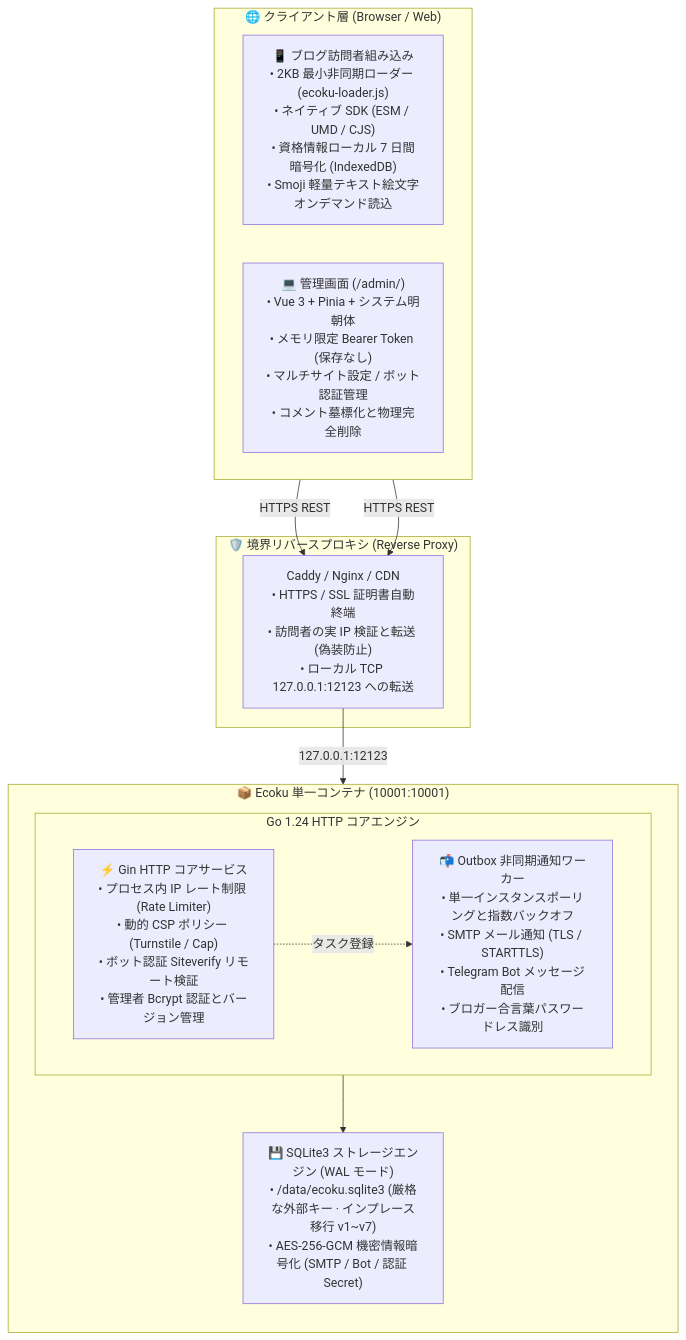
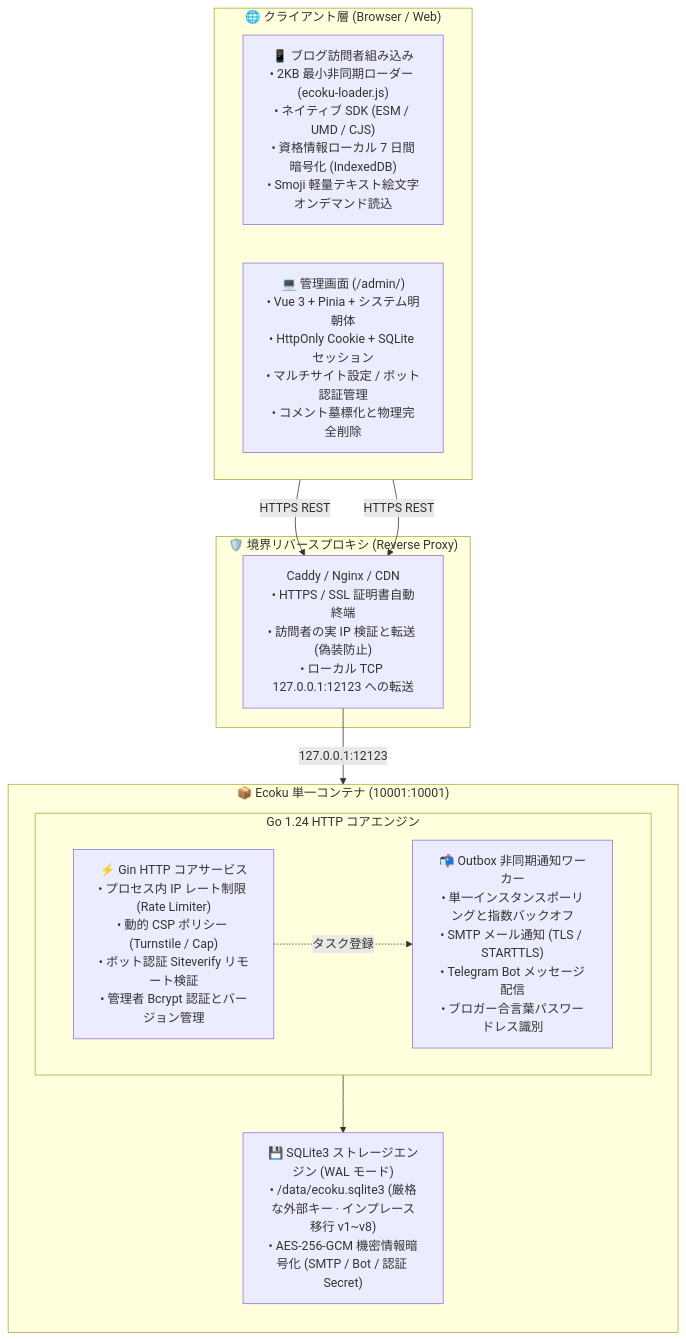
Before and after one commit to DejavuMoe/Ecoku: the diagram in docs/ja/guide/introduction.md, drawn with Mermaid. The commit also changed other lines of this file and 76 other files, not shown here.

````diff
--- a/docs/ja/guide/introduction.md
+++ b/docs/ja/guide/introduction.md
@@ -21,28 +21,28 @@
 ```mermaid
 flowchart TD
     subgraph Client["🌐 クライアント層 (Browser / Web)"]
         direction LR
         Visitor["📱 ブログ訪問者組み込み<br/>• 2KB 最小非同期ローダー (ecoku-loader.js)<br/>• ネイティブ SDK (ESM / UMD / CJS)<br/>• 資格情報ローカル 7 日間暗号化 (IndexedDB)<br/>• Smoji 軽量テキスト絵文字オンデマンド読込"]
-        Admin["💻 管理画面 (/admin/)<br/>• Vue 3 + Pinia + システム明朝体<br/>• メモリ限定 Bearer Token (保存なし)<br/>• マルチサイト設定 / ボット認証管理<br/>• コメント墓標化と物理完全削除"]
+        Admin["💻 管理画面 (/admin/)<br/>• Vue 3 + Pinia + システム明朝体<br/>• HttpOnly Cookie + SQLite セッション<br/>• マルチサイト設定 / ボット認証管理<br/>• コメント墓標化と物理完全削除"]
     end
 
     subgraph Edge["🛡️ 境界リバースプロキシ (Reverse Proxy)"]
         Proxy["Caddy / Nginx / CDN<br/>• HTTPS / SSL 証明書自動終端<br/>• 訪問者の実 IP 検証と転送 (偽装防止)<br/>• ローカル TCP 127.0.0.1:12123 への転送"]
     end
 
     subgraph Runtime["📦 Ecoku 単一コンテナ (10001:10001)"]
         direction TB
         subgraph Core["Go 1.24 HTTP コアエンジン"]
             direction LR
             Engine["⚡ Gin HTTP コアサービス<br/>• プロセス内 IP レート制限 (Rate Limiter)<br/>• 動的 CSP ポリシー (Turnstile / Cap)<br/>• ボット認証 Siteverify リモート検証<br/>• 管理者 Bcrypt 認証とバージョン管理"]
             Outbox["📬 Outbox 非同期通知ワーカー<br/>• 単一インスタンスポーリングと指数バックオフ<br/>• SMTP メール通知 (TLS / STARTTLS)<br/>• Telegram Bot メッセージ配信<br/>• ブロガー合言葉パスワードレス識別"]
         end
-        Storage["💾 SQLite3 ストレージエンジン (WAL モード)<br/>• /data/ecoku.sqlite3 (厳格な外部キー · インプレース移行 v1~v7)<br/>• AES-256-GCM 機密情報暗号化 (SMTP / Bot / 認証 Secret)"]
+        Storage["💾 SQLite3 ストレージエンジン (WAL モード)<br/>• /data/ecoku.sqlite3 (厳格な外部キー · インプレース移行 v1~v8)<br/>• AES-256-GCM 機密情報暗号化 (SMTP / Bot / 認証 Secret)"]
         Core --> Storage
     end
 
     Visitor -->|HTTPS REST| Proxy
     Admin -->|HTTPS REST| Proxy
     Proxy -->|127.0.0.1:12123| Engine
     Engine -.->|タスク登録| Outbox
 ```
````
